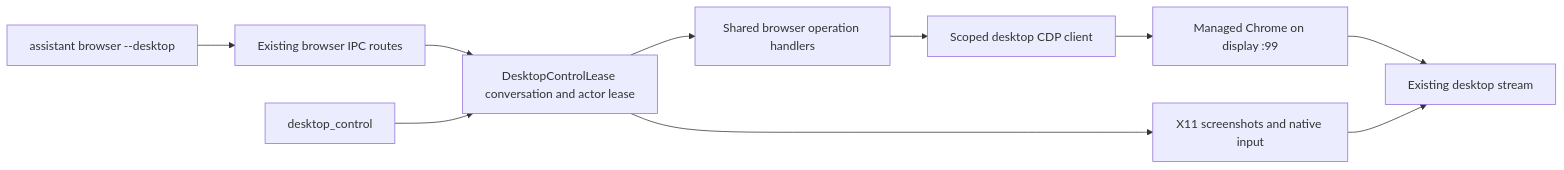
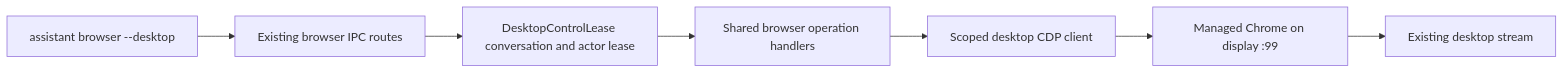
The diagram in assistant/docs/desktop-browser-cli.md (mouse-value-add/vellum-assistant), drawn with Mermaid before and after one commit. The commit also changed other lines of this file and 19 other files, not shown here.

Commit message:
Keep M1 browser use independent of native computer control

````diff
--- a/assistant/docs/desktop-browser-cli.md
+++ b/assistant/docs/desktop-browser-cli.md
@@ -5,12 +5,9 @@
 ```mermaid
 flowchart LR
   CLI[assistant browser --desktop] --> IPC[Existing browser IPC routes]
   IPC --> Lease[DesktopControlLease conversation and actor lease]
   Lease --> Shared[Shared browser operation handlers]
   Shared --> CDP[Scoped desktop CDP client]
   CDP --> Chrome[Managed Chrome on display :99]
   Chrome --> Stream[Existing desktop stream]
-  X11[desktop_control] --> Lease
-  Lease --> Native[X11 screenshots and native input]
-  Native --> Stream
 ```
````
